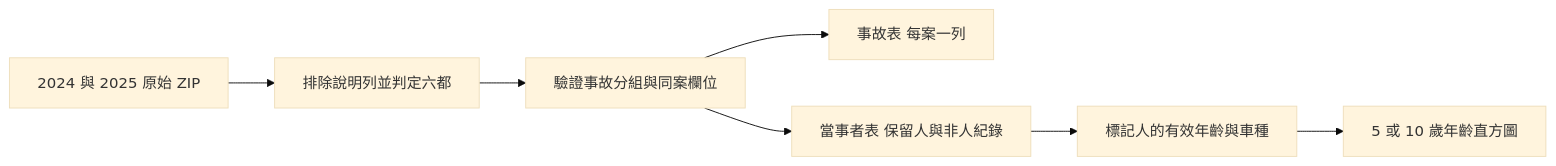
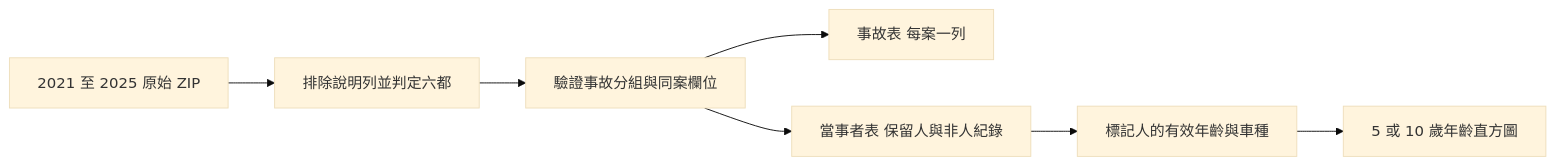
One commit to Cammie0621/Traffic-Accident changed the diagram in docs/a_report.md. Above: the diagram before and after it, drawn with Mermaid (base theme). The commit also changed other lines of this file and 11 other files, not shown here.

````diff
--- a/docs/a_report.md
+++ b/docs/a_report.md
@@ -22,9 +22,9 @@
 ```mermaid
 flowchart LR
-    A[2024 與 2025 原始 ZIP] --> B[排除說明列並判定六都]
+    A[2021 至 2025 原始 ZIP] --> B[排除說明列並判定六都]
     B --> C[驗證事故分組與同案欄位]
     C --> D[事故表 每案一列]
     C --> E[當事者表 保留人與非人紀錄]
     E --> F[標記人的有效年齡與車種]
     F --> G[5 或 10 歲年齡直方圖]
 ```
````
